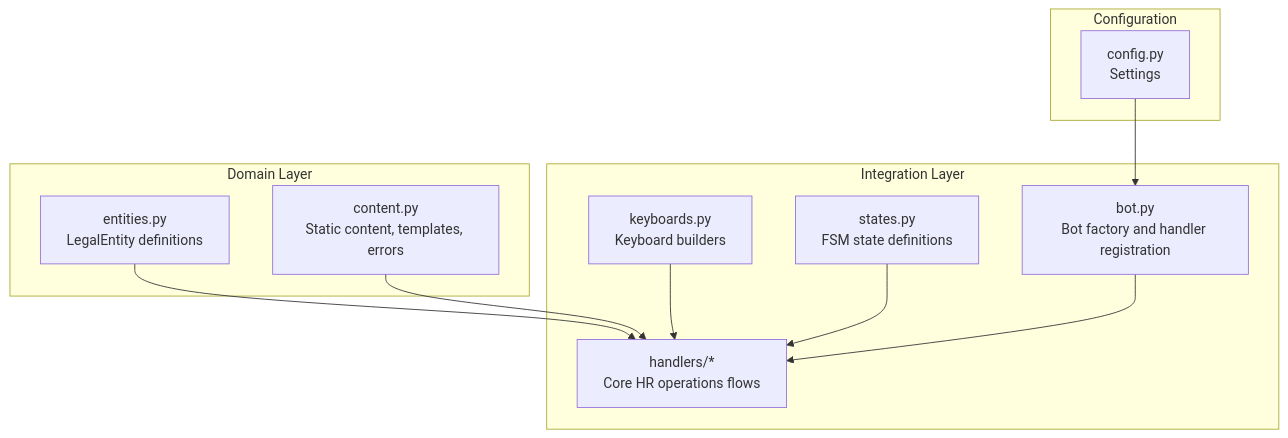
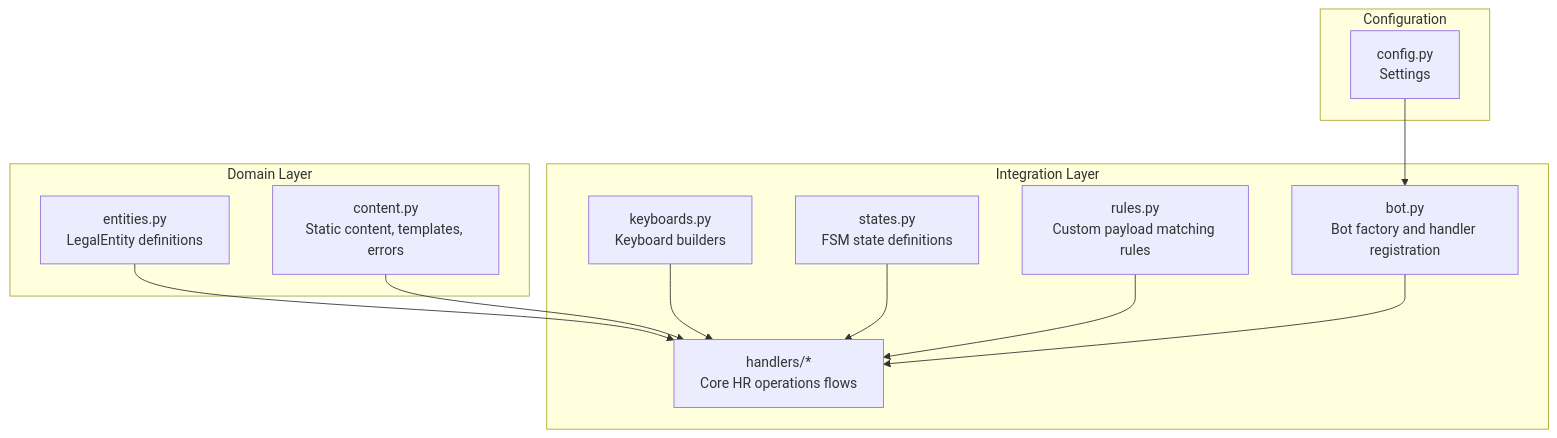
One commit to ognelis/cafetera_hr_bot changed the first of 15 diagrams in .qoder/repowiki/en/content/VK Integration/Employment Lifecycle Management.md. Above: the diagram before and after it, drawn with Mermaid. The commit also changed other lines of this file and 26 other files, not shown here.

````diff
--- a/.qoder/repowiki/en/content/VK Integration/Employment Lifecycle Management.md
+++ b/.qoder/repowiki/en/content/VK Integration/Employment Lifecycle Management.md
@@ -50,22 +51,24 @@
 ```mermaid
 graph TB
 subgraph "Domain Layer"
 D1["entities.py<br/>LegalEntity definitions"]
 D2["content.py<br/>Static content, templates, errors"]
 end
 subgraph "Integration Layer"
 I1["bot.py<br/>Bot factory and handler registration"]
 I2["keyboards.py<br/>Keyboard builders"]
 I3["states.py<br/>FSM state definitions"]
 I4["handlers/*<br/>Core HR operations flows"]
+I5["rules.py<br/>Custom payload matching rules"]
 end
 subgraph "Configuration"
 C1["config.py<br/>Settings"]
 end
 D1 --> I4
 D2 --> I4
 I2 --> I4
 I3 --> I4
+I5 --> I4
 I1 --> I4
 C1 --> I1
 ```
````
